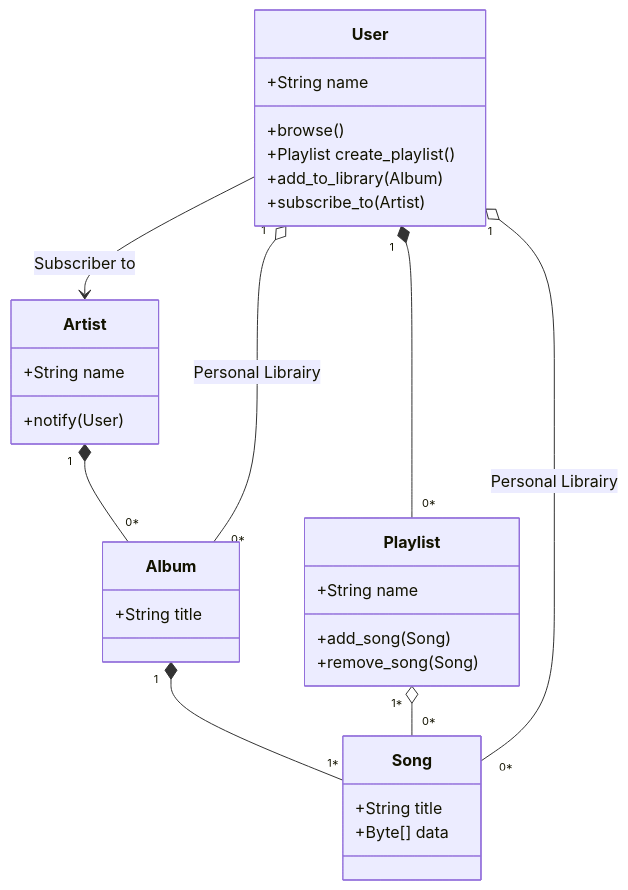
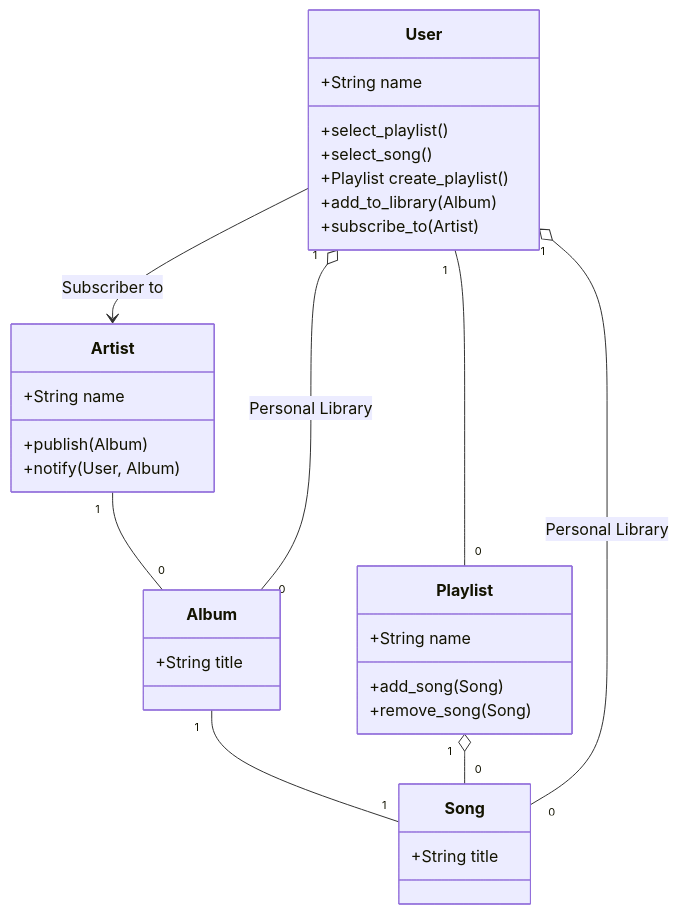
Before and after one commit to tanacohid/holbertonschool-sw_design_architecture: the diagram in group_projet_music/0-class_diagram.mmd, drawn with Mermaid. The commit also changed 6 other files, not shown here.

Commit message:
feat: update class diagram and add sequence diagrams for user interactions

```diff
--- a/group_projet_music/0-class_diagram.mmd
+++ b/group_projet_music/0-class_diagram.mmd
@@ -1,38 +1,37 @@
 classDiagram
+class User{
+    +String name
+    +select_playlist()
+    +select_song()
+    +Playlist create_playlist()
+    +add_to_library(Album)
+    +subscribe_to(Artist)
+}
 
-    class User{
-        +String name
-        +browse()
-        +Playlist create_playlist()
-        +add_to_library(Album)
-        +subscribe_to(Artist)
-    }
+class Artist{
+    +String name
+    +publish(Album)
+    +notify(User, Album)
+}
 
-    class Artist{
-        +String name
-        +notify(User)
-    }
+class Album{
+    +String title
+}
 
-    class Album{
-        +String title
-    }
+class Song{
+    +String title
+}
 
-    class Song{
-        +String title
-        +Byte[] data
-    }
+class Playlist{
+    +String name
+    +add_song(Song)
+    +remove_song(Song)
+}
 
-    class Playlist{
-        +String name
-        +add_song(Song)
-        +remove_song(Song)
-    }
-
-
-Artist "1" *-- "0*" Album
-Album "1" *-- "1*" Song
-Playlist "1*" o-- "0*" Song
+Artist "1" -- "0" Album
+Album "1" -- "1" Song
+Playlist "1" o-- "0" Song
 User --> Artist : Subscriber to
-User "1" *-- "0*" Playlist
-User "1" o-- "0*" Album : Personal Librairy
-User "1" o-- "0*" Song : Personal Librairy
+User "1" -- "0" Playlist
+User "1" o-- "0" Album : Personal Library
+User "1" o-- "0" Song : Personal Library
```
